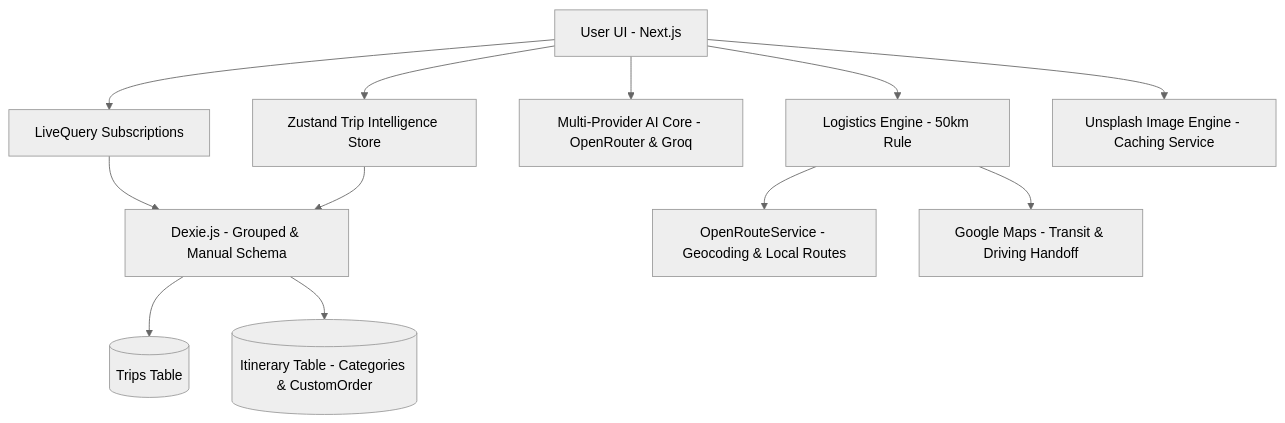
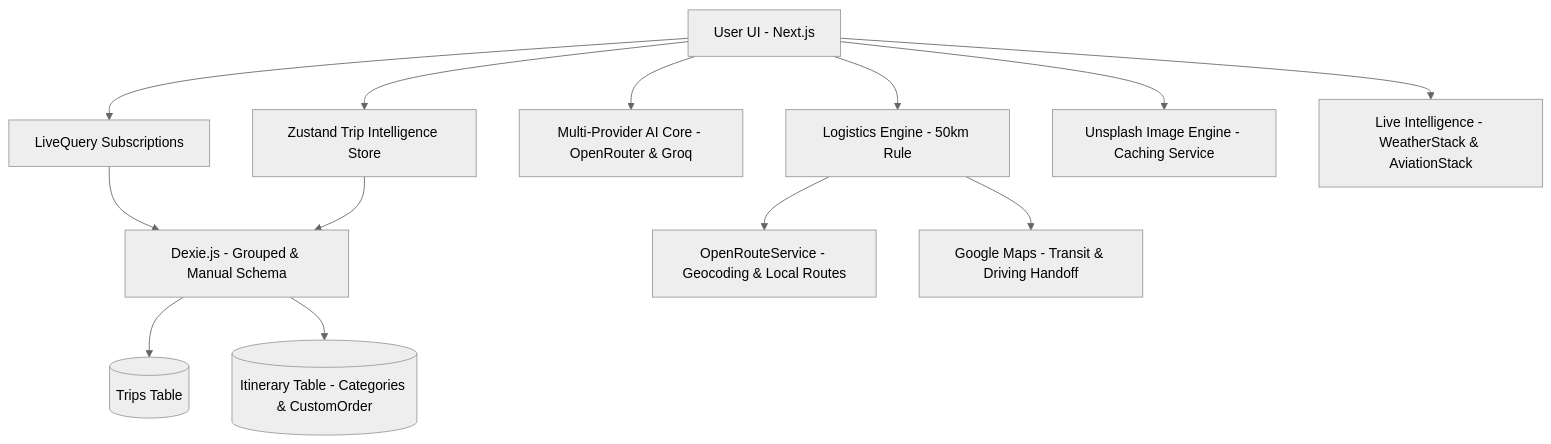
The diagram in README.md (strike007-3000/RouteMate), drawn with Mermaid (neutral theme) before and after one commit. The commit also changed other lines of this file and 1 other file, not shown here.

Commit message:
docs: comprehensive tech stack and environment variable update in README and WIKI

````diff
--- a/README.md
+++ b/README.md
@@ -45,14 +43,15 @@
 ```mermaid
 graph TD
     A[User UI - Next.js] --> B[Zustand Trip Intelligence Store]
     A --> J[LiveQuery Subscriptions]
     J --> C[Dexie.js - Grouped & Manual Schema]
     B --> C
     C --> D[(Trips Table)]
     C --> E[(Itinerary Table - Categories & CustomOrder)]
     A --> F[Multi-Provider AI Core - OpenRouter & Groq]
     A --> G[Logistics Engine - 50km Rule]
     A --> K[Unsplash Image Engine - Caching Service]
+    A --> M[Live Intelligence - WeatherStack & AviationStack]
     G --> L[OpenRouteService - Geocoding & Local Routes]
     G --> H[Google Maps - Transit & Driving Handoff]
 ```
````
